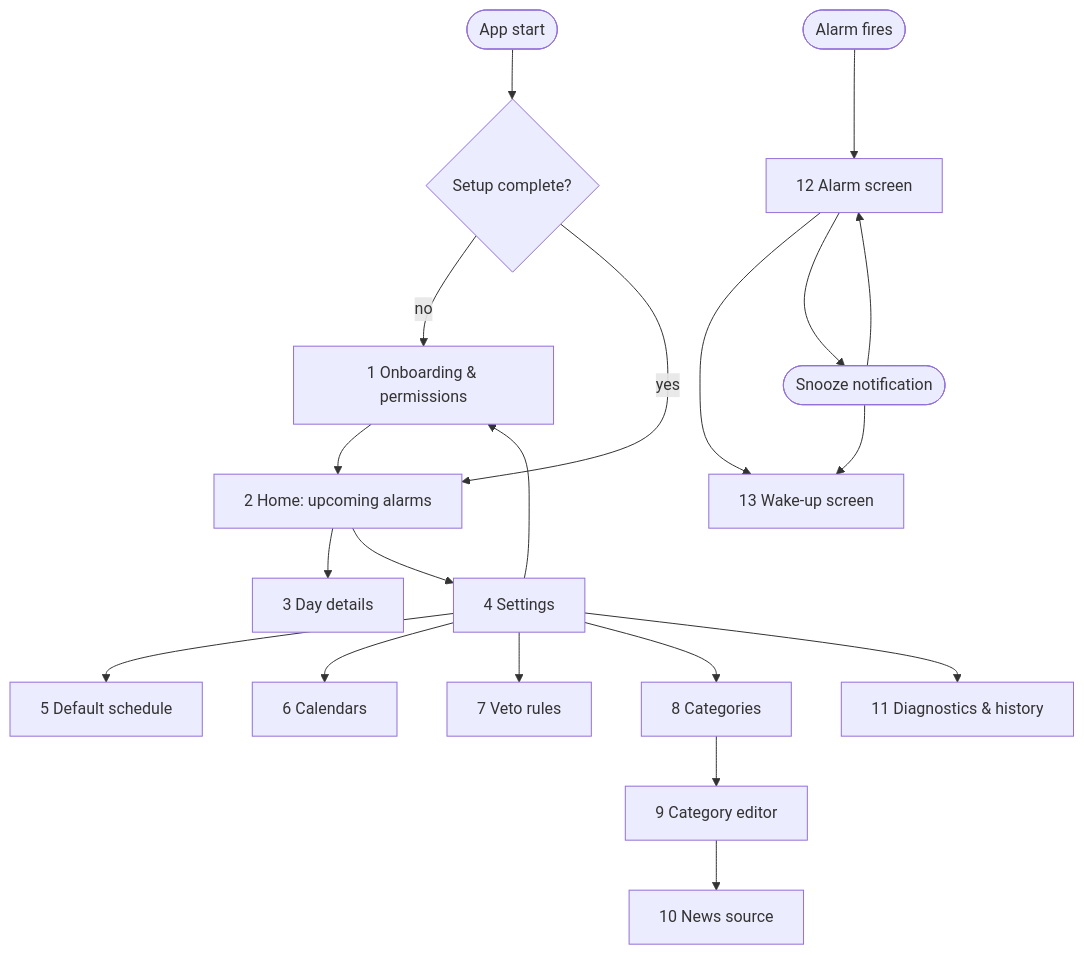
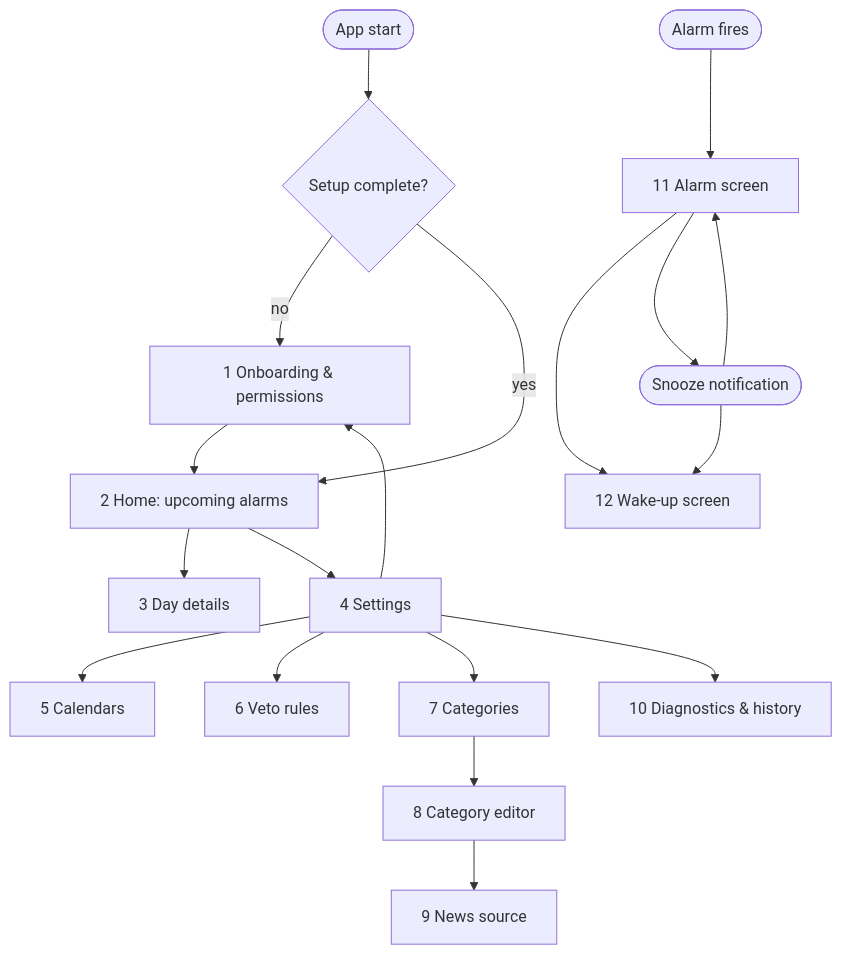
Before and after one commit to drehtuer/NextAlarmApp: the diagram in docs/screens.md, drawn with Mermaid. The commit also changed other lines of this file and 4 other files, not shown here.

````diff
--- a/docs/screens.md
+++ b/docs/screens.md
@@ -8,23 +8,22 @@
 ```mermaid
 flowchart TD
     Start([App start]) --> Check{Setup complete?}
     Check -- no --> Onb[1 Onboarding & permissions]
     Check -- yes --> Home[2 Home: upcoming alarms]
     Onb --> Home
     Home --> Day[3 Day details]
     Home --> Settings[4 Settings]
-    Settings --> Sched[5 Default schedule]
-    Settings --> Cals[6 Calendars]
-    Settings --> Veto[7 Veto rules]
-    Settings --> Cats[8 Categories]
-    Cats --> Cat[9 Category editor]
-    Cat --> News[10 News source]
-    Settings --> Diag[11 Diagnostics & history]
+    Settings --> Cals[5 Calendars]
+    Settings --> Veto[6 Veto rules]
+    Settings --> Cats[7 Categories]
+    Cats --> Cat[8 Category editor]
+    Cat --> News[9 News source]
+    Settings --> Diag[10 Diagnostics & history]
     Settings --> Onb
 
-    Notif([Alarm fires]) --> Alarm[12 Alarm screen]
-    Alarm --> Wake[13 Wake-up screen]
+    Notif([Alarm fires]) --> Alarm[11 Alarm screen]
+    Alarm --> Wake[12 Wake-up screen]
     Alarm --> SnoozeN([Snooze notification])
     SnoozeN --> Alarm
     SnoozeN --> Wake
 ```
````
